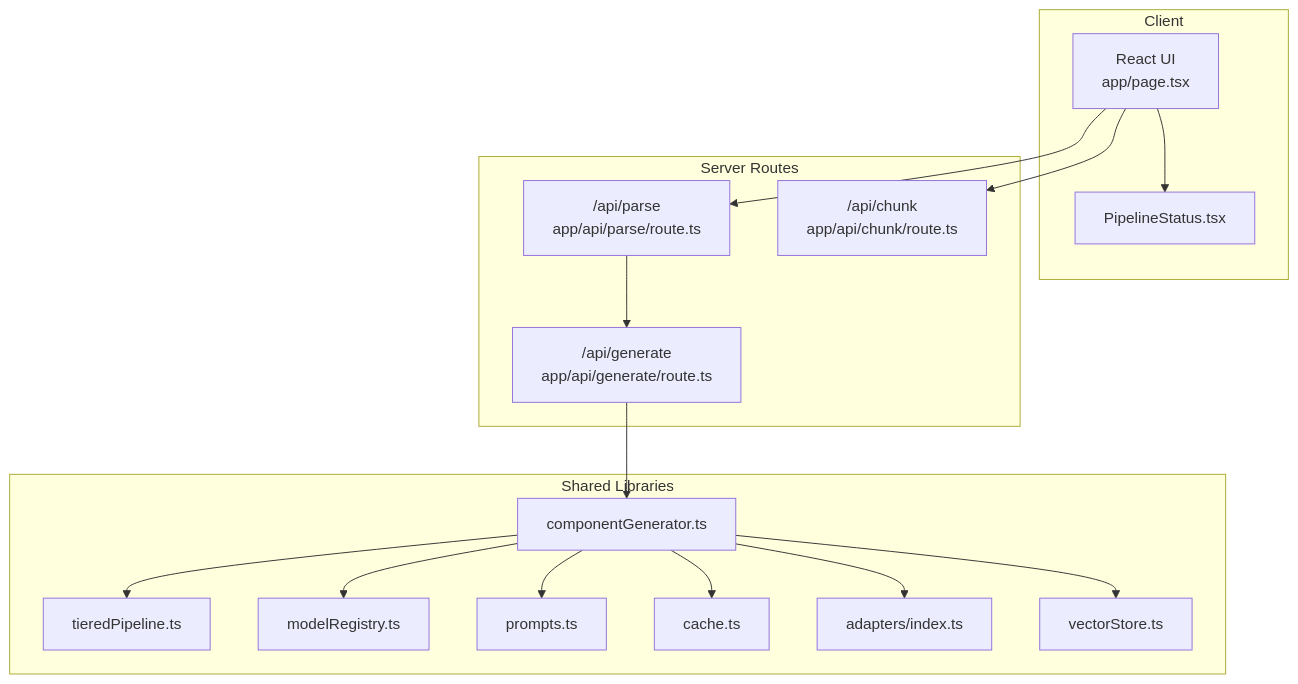
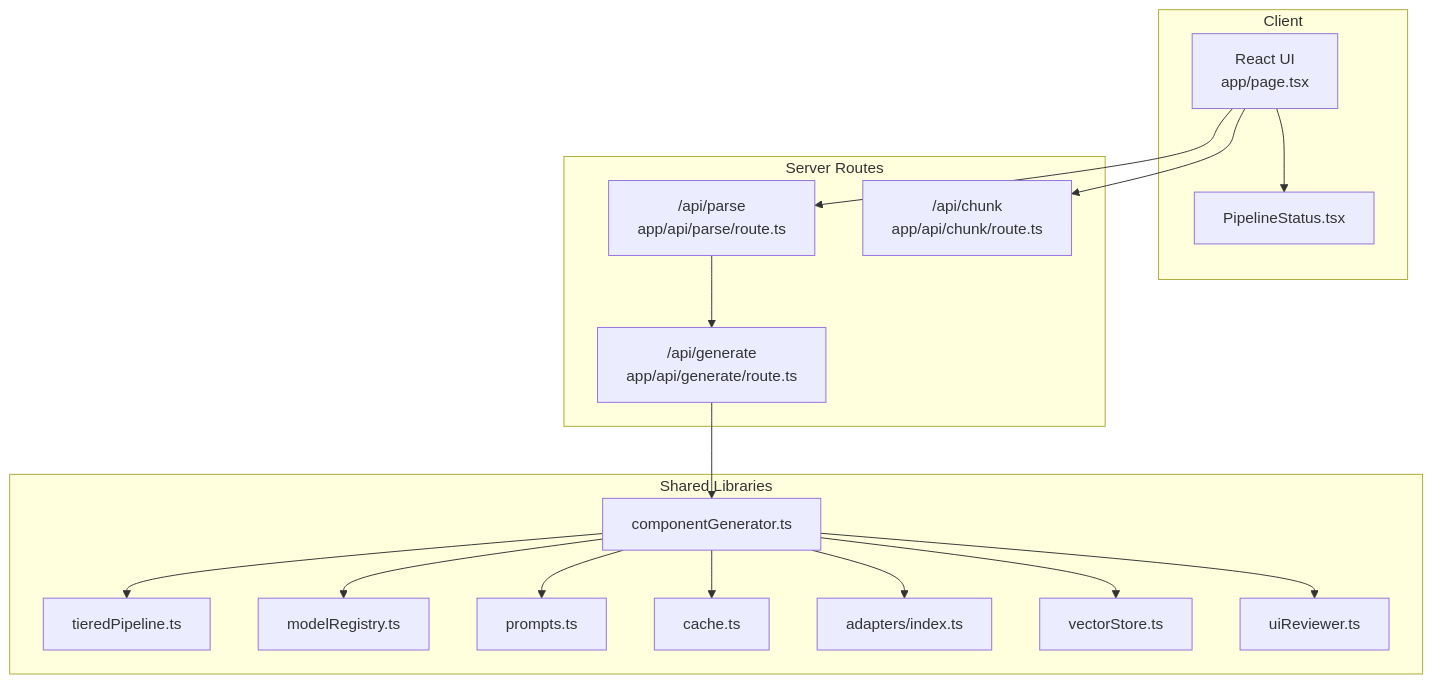
One commit to shekhargiri005-dotcom/AI-powered-accessibility-first-UI-engine changed the first of 8 diagrams in .qoder/repowiki/en/content/Architecture & Design/Design Patterns/Pipeline Pattern.md. Above: the diagram before and after it, drawn with Mermaid. The commit also changed other lines of this file and 38 other files, not shown here.

````diff
--- a/.qoder/repowiki/en/content/Architecture & Design/Design Patterns/Pipeline Pattern.md
+++ b/.qoder/repowiki/en/content/Architecture & Design/Design Patterns/Pipeline Pattern.md
@@ -39,32 +47,34 @@
 ```mermaid
 graph TB
 subgraph "Client"
 UI["React UI<br/>app/page.tsx"]
 Status["PipelineStatus.tsx"]
 end
 subgraph "Server Routes"
 Parse["/api/parse<br/>app/api/parse/route.ts"]
 Gen["/api/generate<br/>app/api/generate/route.ts"]
 Chunk["/api/chunk<br/>app/api/chunk/route.ts"]
 end
 subgraph "Shared Libraries"
 Tier["tieredPipeline.ts"]
 CG["componentGenerator.ts"]
 MR["modelRegistry.ts"]
 PR["prompts.ts"]
 Cache["cache.ts"]
 Adapter["adapters/index.ts"]
 Vec["vectorStore.ts"]
+Review["uiReviewer.ts"]
 end
 UI --> Parse
 Parse --> Gen
 UI --> Chunk
 Gen --> CG
 CG --> Tier
 CG --> MR
 CG --> PR
 CG --> Adapter
 CG --> Cache
 CG --> Vec
+CG --> Review
 UI --> Status
 ```
````
